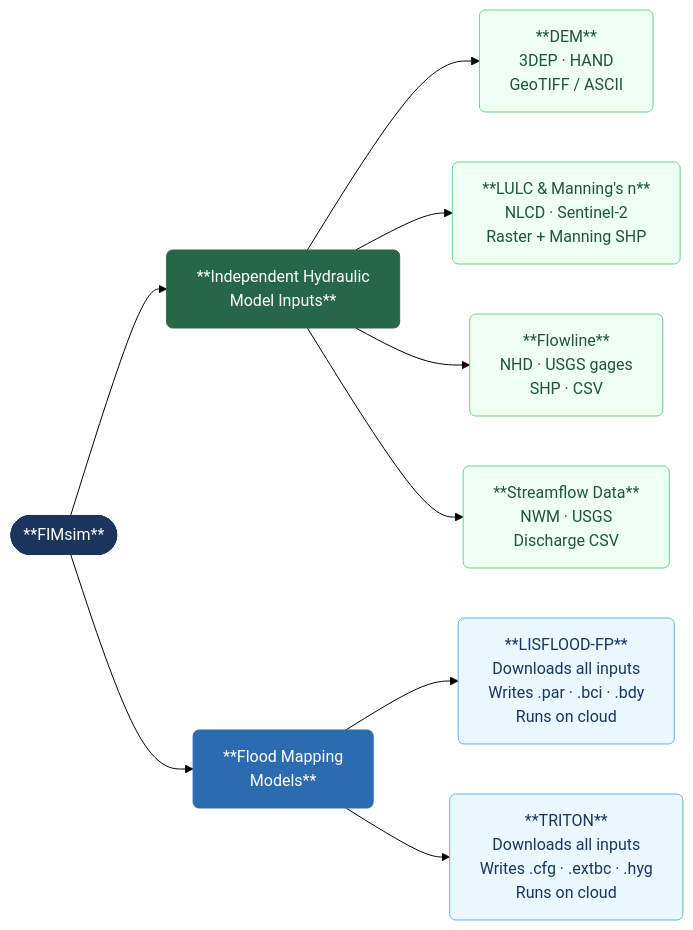
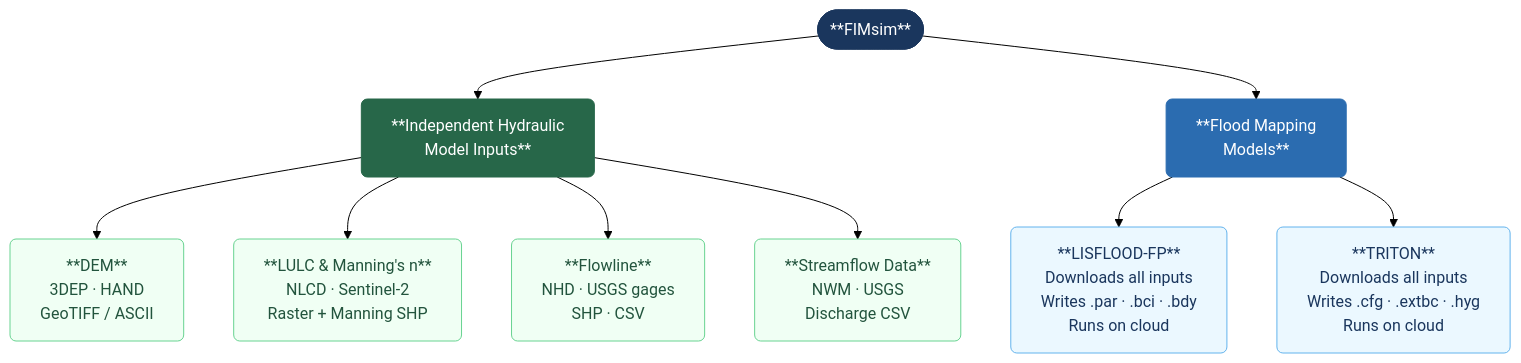
One commit to pnikrou/FIMsim changed the diagram in README.md. Above: the diagram before and after it, drawn with Mermaid (forest theme).

Commit message:
Fix workflow diagram orientation: FIMsim on top (TD layout)

````diff
--- a/README.md
+++ b/README.md
@@ -24,27 +24,27 @@
 ```mermaid
-flowchart LR
+flowchart TD
     FIM(["**FIMsim**"])
 
     FIM --> IND["**Independent Hydraulic\nModel Inputs**"]
     FIM --> FM["**Flood Mapping\nModels**"]
 
     IND --> DEM["**DEM**\n3DEP · HAND\nGeoTIFF / ASCII"]
     IND --> LULC["**LULC & Manning's n**\nNLCD · Sentinel-2\nRaster + Manning SHP"]
     IND --> FL["**Flowline**\nNHD · USGS gages\nSHP · CSV"]
     IND --> SF["**Streamflow Data**\nNWM · USGS\nDischarge CSV"]
 
     FM --> LFP["**LISFLOOD-FP**\nDownloads all inputs\nWrites .par · .bci · .bdy\nRuns on cloud"]
     FM --> TRI["**TRITON**\nDownloads all inputs\nWrites .cfg · .extbc · .hyg\nRuns on cloud"]
 
     classDef main     fill:#1a365d,color:#ffffff,stroke:#1a365d,rx:10
     classDef cat_grn  fill:#276749,color:#ffffff,stroke:#276749,rx:6
     classDef cat_blu  fill:#2b6cb0,color:#ffffff,stroke:#2b6cb0,rx:6
     classDef item_grn fill:#f0fff4,color:#22543d,stroke:#68d391,rx:6
     classDef item_blu fill:#ebf8ff,color:#1a365d,stroke:#63b3ed,rx:6
 
     class FIM main
     class IND cat_grn
     class FM cat_blu
     class DEM,LULC,FL,SF item_grn
     class LFP,TRI item_blu
 ```
````
